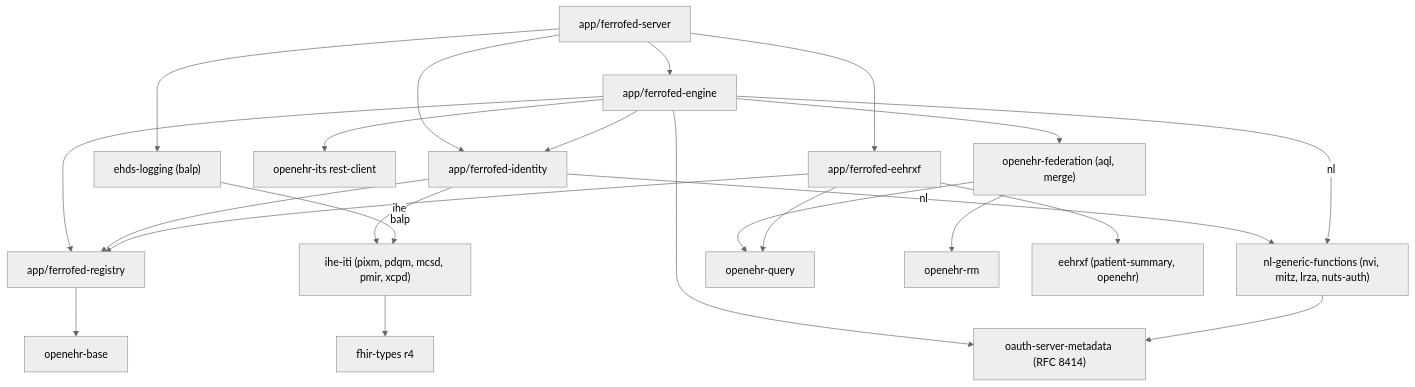
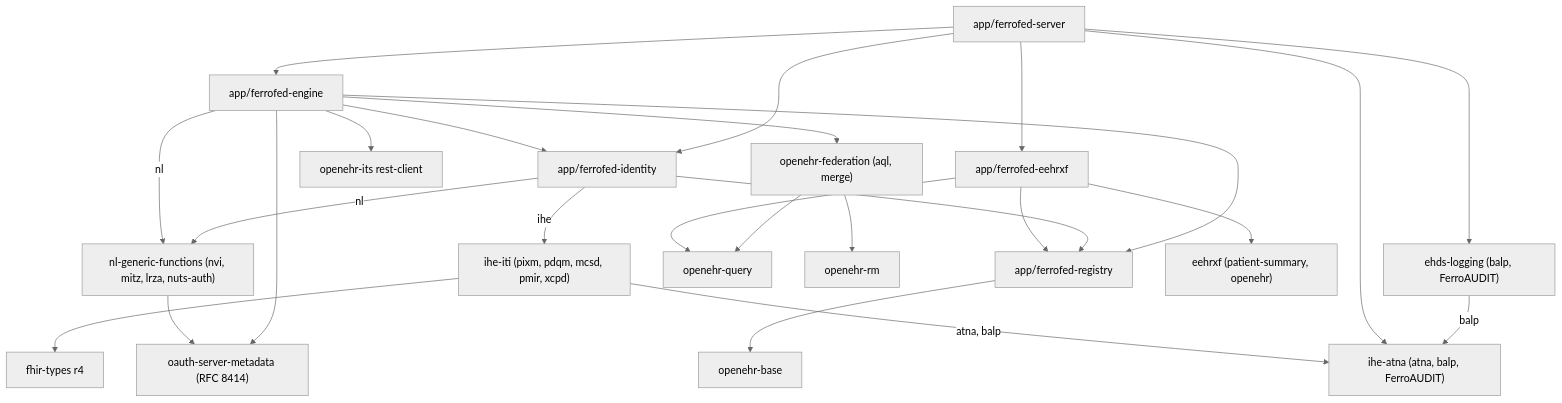
The fifth of 5 diagrams in docs/architecture.md (FerroHEALTH/FerroFED), drawn with Mermaid (neutral theme) before and after one commit. The commit also changed other lines of this file and 97 other files, not shown here.

First line of the commit message:
refactor: depend on the published ihe-atna and ehds-logging

````diff
--- a/docs/architecture.md
+++ b/docs/architecture.md
@@ -2461,25 +2466,27 @@
 ```mermaid
 flowchart TD
     server["app/ferrofed-server"] --> engine["app/ferrofed-engine"]
     server --> identity["app/ferrofed-identity"]
     engine --> federation["openehr-federation (aql, merge)"]
     engine --> registry["app/ferrofed-registry"]
     engine --> identity
     identity --> registry
     identity -- ihe --> iti["ihe-iti (pixm, pdqm, mcsd, pmir, xcpd)"]
     identity -- nl --> nlgf["nl-generic-functions (nvi, mitz, lrza, nuts-auth)"]
     engine -- nl --> nlgf
     engine --> metadata["oauth-server-metadata (RFC 8414)"]
     nlgf --> metadata
     engine --> its["openehr-its rest-client"]
     federation --> query["openehr-query"]
     federation --> rm["openehr-rm"]
     registry --> base["openehr-base"]
     iti --> fhir["fhir-types r4"]
-    server --> logging["ehds-logging (balp)"]
-    logging -- balp --> iti
+    server --> logging["ehds-logging (balp, FerroAUDIT)"]
+    logging -- balp --> atna["ihe-atna (atna, balp, FerroAUDIT)"]
+    server --> atna
+    iti -- "atna, balp" --> atna
     server --> glue["app/ferrofed-eehrxf"]
     glue --> eehrxf["eehrxf (patient-summary, openehr)"]
     glue --> registry
     glue --> query
 ```
````
